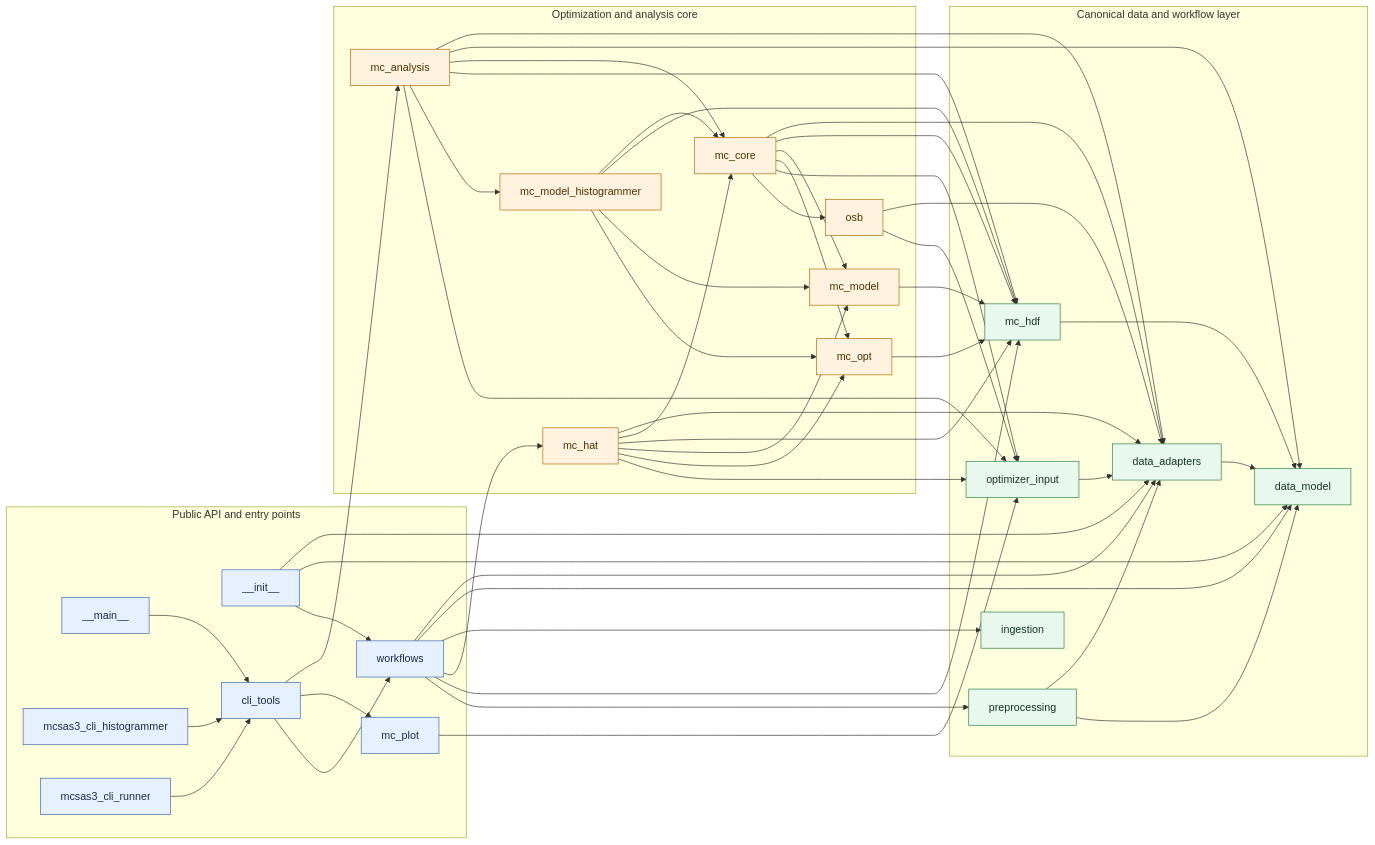
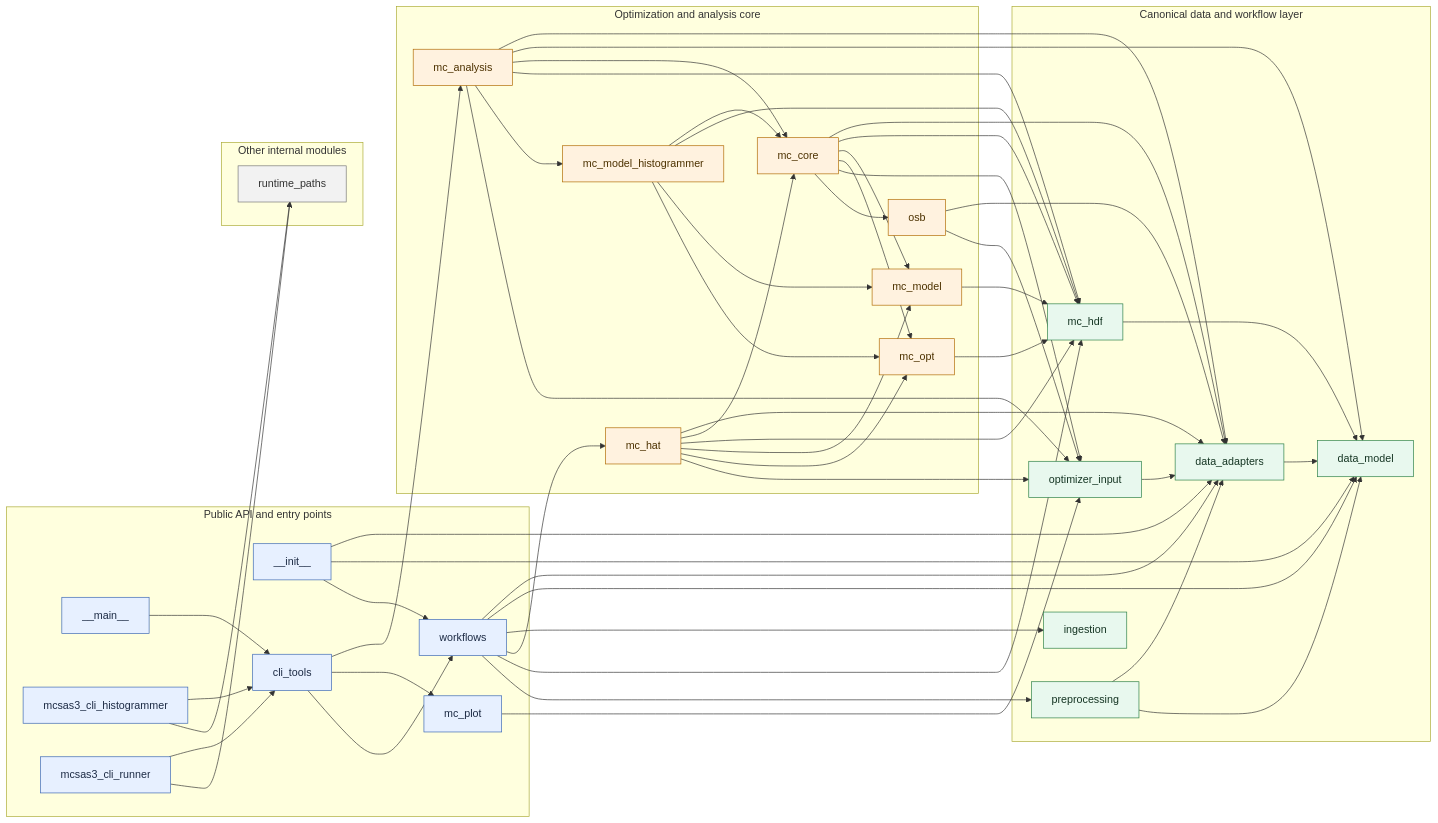
One commit to BAMresearch/McSAS3 changed the diagram in design_documentation/generated_module_dependencies.md. Above: the diagram before and after it, drawn with Mermaid. The commit also changed 13 other files, not shown here.

````diff
--- a/design_documentation/generated_module_dependencies.md
+++ b/design_documentation/generated_module_dependencies.md
@@ -33,6 +33,9 @@
     module_mc_model_histogrammer["mc_model_histogrammer"]
     module_mc_opt["mc_opt"]
     module_osb["osb"]
+  end
+  subgraph module_Other internal modules["Other internal modules"]
+    module_runtime_paths["runtime_paths"]
   end
   module___init__ --> module_data_adapters
   module___init__ --> module_data_model
@@ -69,7 +72,9 @@
   module_mc_opt --> module_mc_hdf
   module_mc_plot --> module_optimizer_input
   module_mcsas3_cli_histogrammer --> module_cli_tools
+  module_mcsas3_cli_histogrammer --> module_runtime_paths
   module_mcsas3_cli_runner --> module_cli_tools
+  module_mcsas3_cli_runner --> module_runtime_paths
   module_optimizer_input --> module_data_adapters
   module_osb --> module_data_adapters
   module_osb --> module_optimizer_input
@@ -88,4 +93,5 @@
   class module___init__,module___main__,module_cli_tools,module_mc_plot,module_mcsas3_cli_histogrammer,module_mcsas3_cli_runner,module_workflows public;
   class module_data_adapters,module_data_model,module_ingestion,module_mc_hdf,module_optimizer_input,module_preprocessing canonical;
   class module_mc_analysis,module_mc_core,module_mc_hat,module_mc_model,module_mc_model_histogrammer,module_mc_opt,module_osb core;
+  class module_runtime_paths other;
 ```
````
